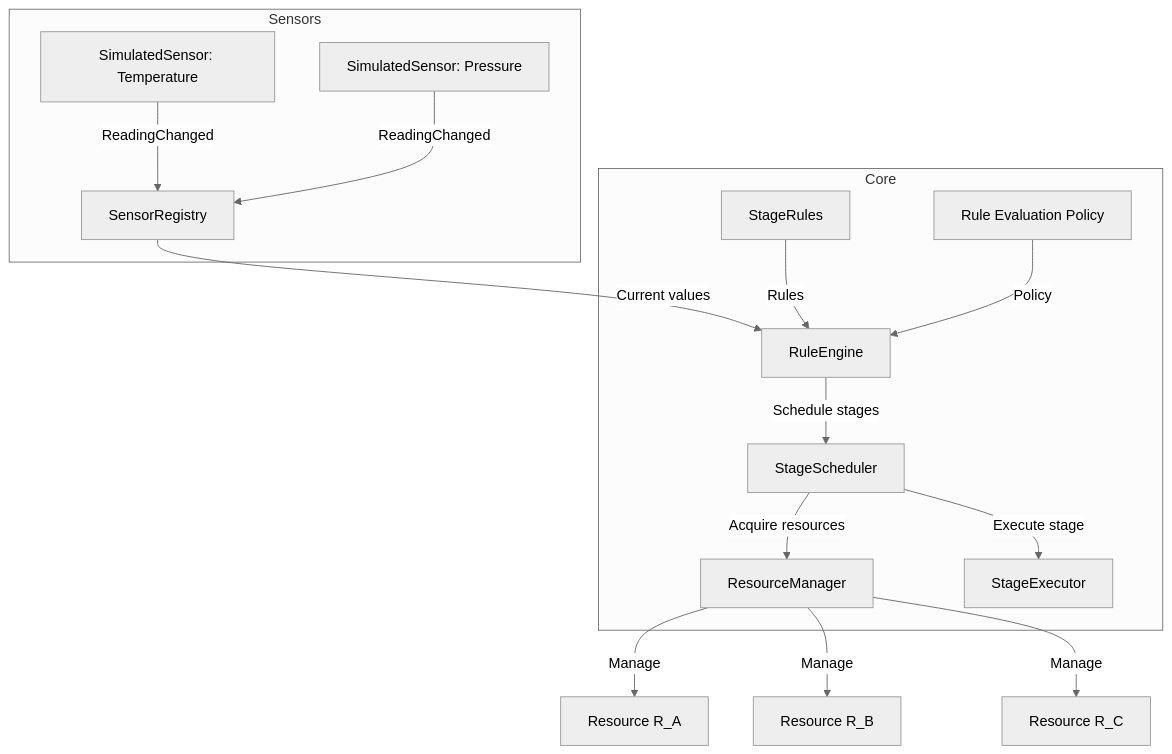
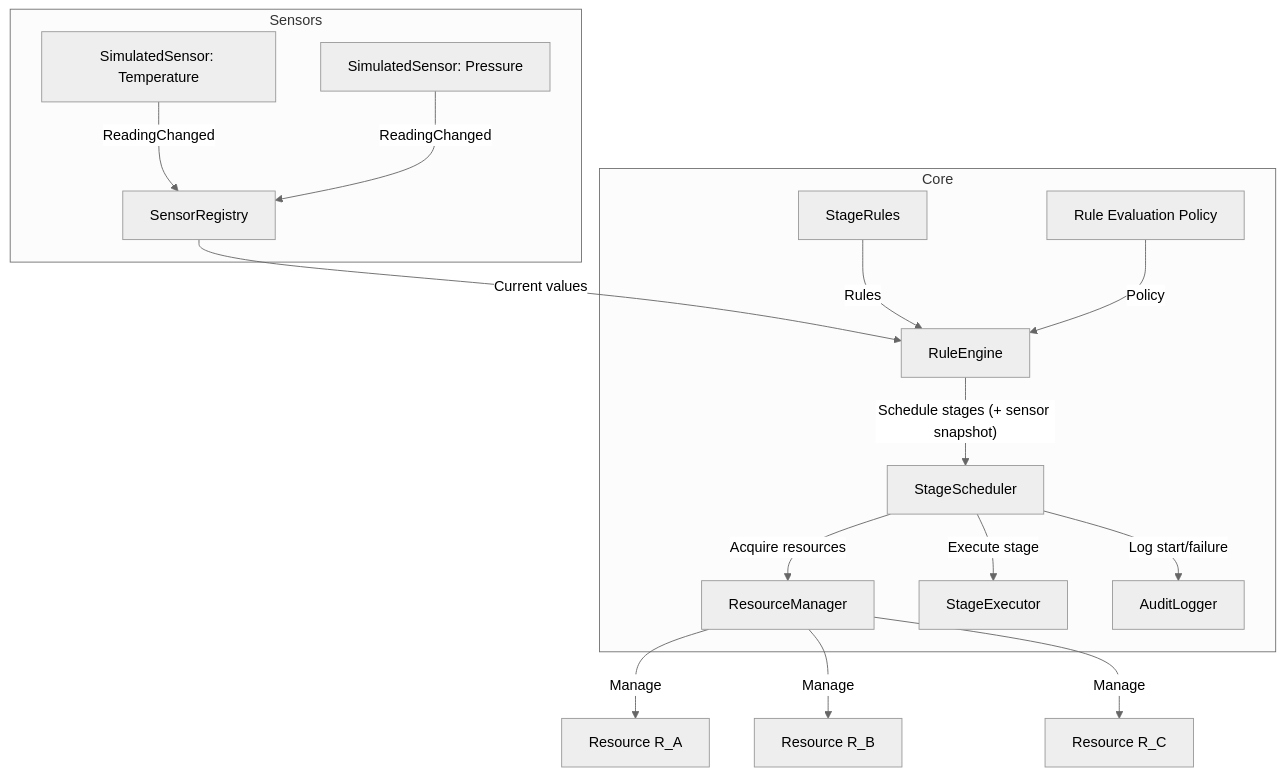
The diagram in docs/architecture.md (GopiKrishnaGummadidala/nova-sentronics-exercise), drawn with Mermaid (neutral theme) before and after one commit. The commit also changed other lines of this file and 17 other files, not shown here.

````diff
--- a/docs/architecture.md
+++ b/docs/architecture.md
@@ -96,32 +112,34 @@
 ```mermaid
 flowchart TB
     subgraph Sensors
         S1[SimulatedSensor: Temperature]
         S2[SimulatedSensor: Pressure]
         SR[SensorRegistry]
     end
 
     subgraph Core
         RE[RuleEngine]
         RP[Rule Evaluation Policy]
         RR[StageRules]
         SS[StageScheduler]
         RM[ResourceManager]
         SE[StageExecutor]
+        AL[AuditLogger]
     end
 
     S1 -->|ReadingChanged| SR
     S2 -->|ReadingChanged| SR
 
     SR -->|Current values| RE
     RR -->|Rules| RE
     RP -->|Policy| RE
 
-    RE -->|Schedule stages| SS
+    RE -->|"Schedule stages (+ sensor snapshot)"| SS
     SS -->|Acquire resources| RM
     SS -->|Execute stage| SE
+    SS -->|Log start/failure| AL
 
     RM -->|Manage| RA[Resource R_A]
     RM -->|Manage| RB[Resource R_B]
     RM -->|Manage| RC[Resource R_C]
 ```
````
